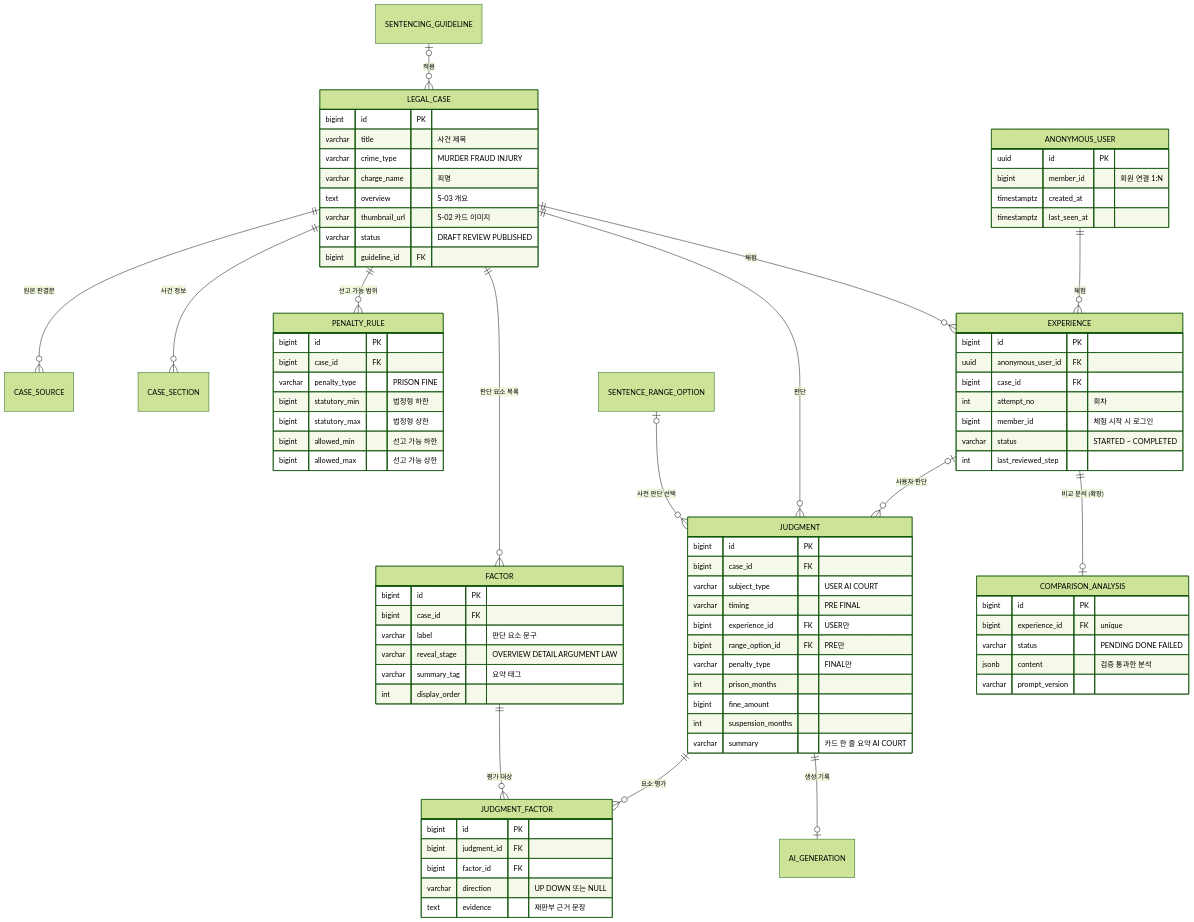
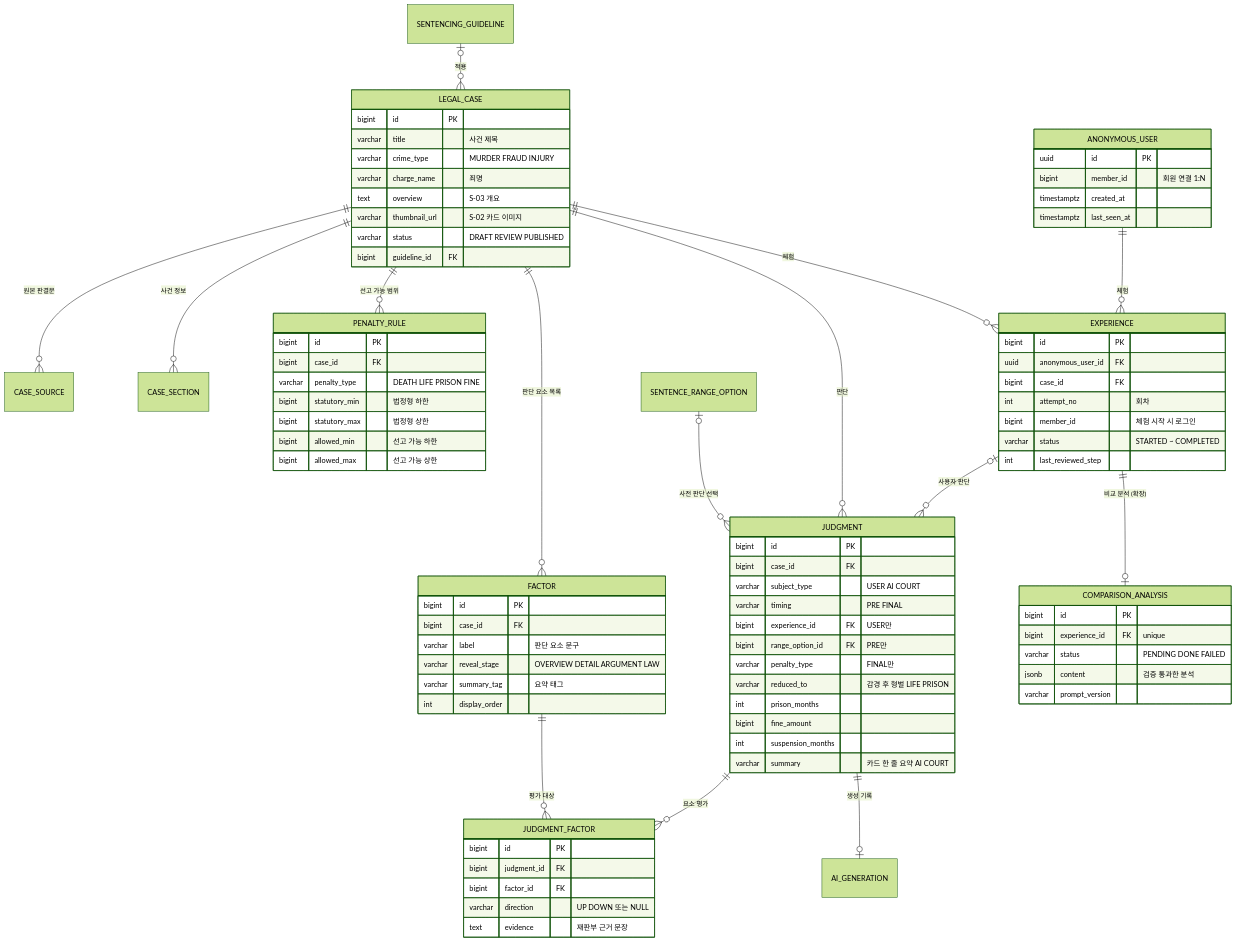
The diagram in docs/erd.md (prgrms-aibe-devcourse/AIBE7_FinalProject_Team2), drawn with Mermaid (forest theme) before and after one commit. The commit also changed other lines of this file and 5 other files, not shown here.

```diff
--- a/docs/erd.md
+++ b/docs/erd.md
@@ -53,7 +54,7 @@
     PENALTY_RULE {
         bigint id PK
         bigint case_id FK
-        varchar penalty_type "PRISON FINE"
+        varchar penalty_type "DEATH LIFE PRISON FINE"
         bigint statutory_min "법정형 하한"
         bigint statutory_max "법정형 상한"
         bigint allowed_min "선고 가능 하한"
@@ -90,6 +91,7 @@
         bigint experience_id FK "USER만"
         bigint range_option_id FK "PRE만"
         varchar penalty_type "FINAL만"
+        varchar reduced_to "감경 후 형벌 LIFE PRISON"
         int prison_months
         bigint fine_amount
         int suspension_months
```
